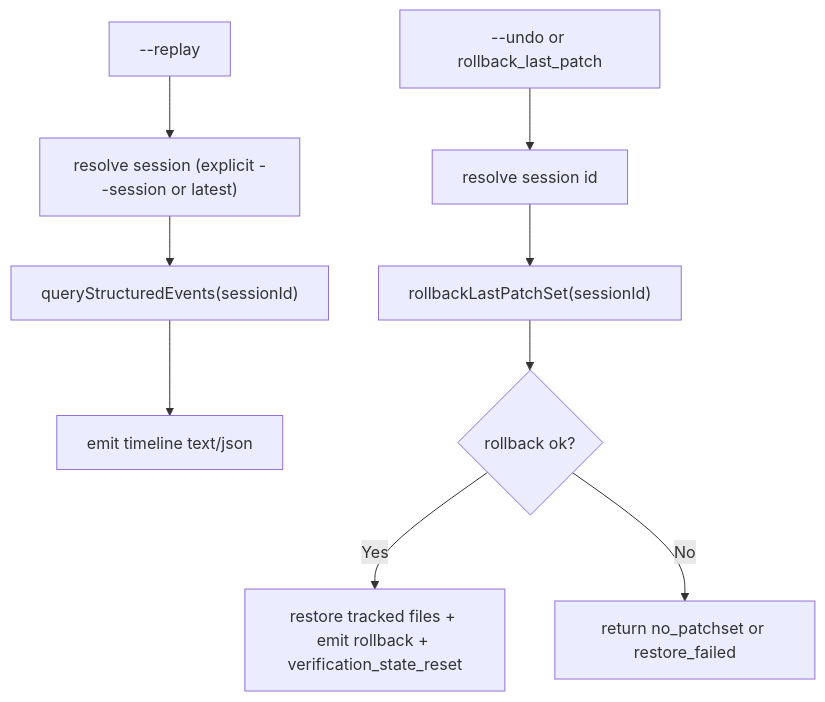
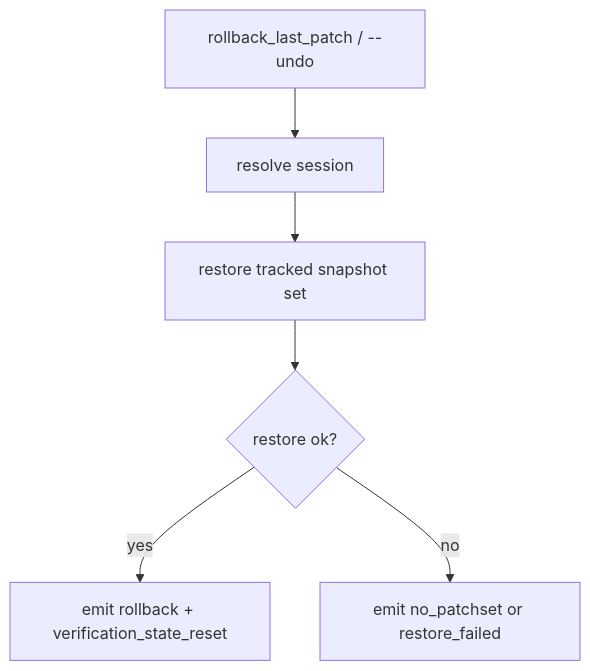
Before and after one commit to arcthur/brewva: the sixth of 6 diagrams in docs/architecture/control-and-data-flow.md, drawn with Mermaid. The commit also changed other lines of this file and 174 other files, not shown here.

````diff
--- a/docs/architecture/control-and-data-flow.md
+++ b/docs/architecture/control-and-data-flow.md
@@ -124,12 +72,8 @@
 ```mermaid
 flowchart TD
-  A["--replay"] --> B["resolve session (explicit --session or latest)"]
-  B --> C["queryStructuredEvents(sessionId)"]
-  C --> D["emit timeline text/json"]
-
-  U["--undo or rollback_last_patch"] --> V["resolve session id"]
-  V --> W["rollbackLastPatchSet(sessionId)"]
-  W --> X{"rollback ok?"}
-  X -->|Yes| Y["restore tracked files + emit rollback + verification_state_reset"]
-  X -->|No| Z["return no_patchset or restore_failed"]
+  A["rollback_last_patch / --undo"] --> B["resolve session"]
+  B --> C["restore tracked snapshot set"]
+  C --> D{"restore ok?"}
+  D -->|yes| E["emit rollback + verification_state_reset"]
+  D -->|no| F["emit no_patchset or restore_failed"]
 ```
````
